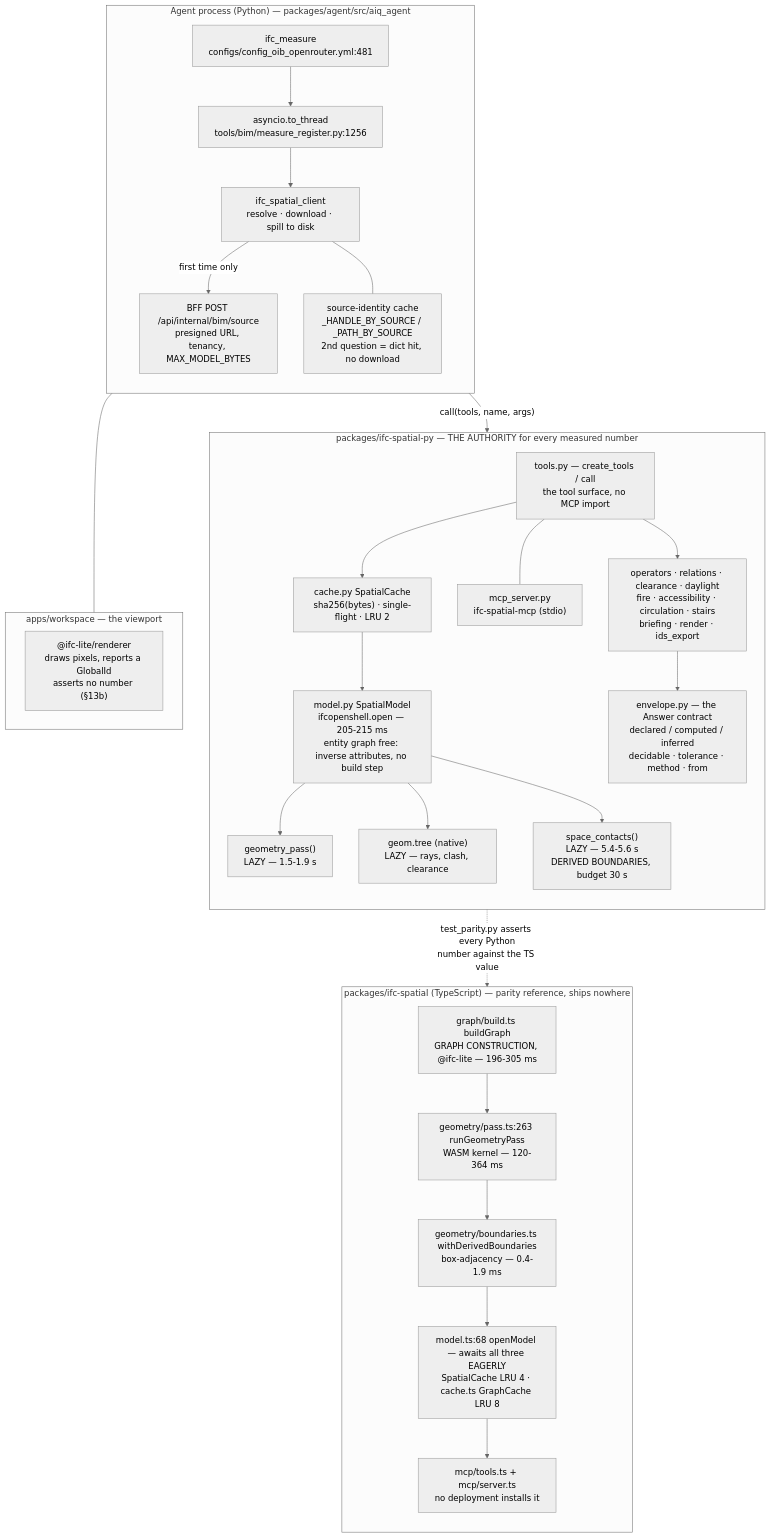
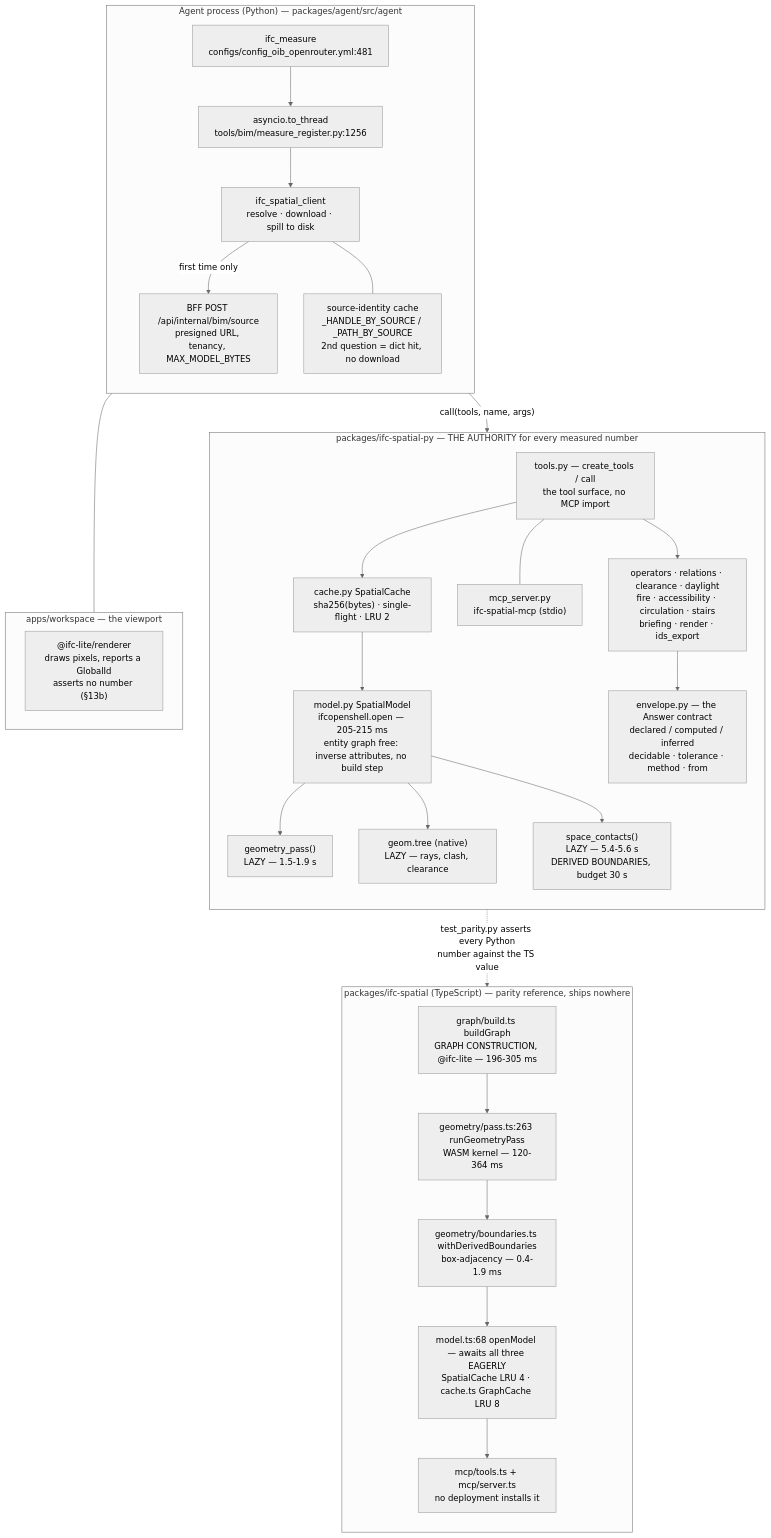
One commit to archos-at/archos changed the diagram in docs/roadmap/agent-spatial-reasoning.md. Above: the diagram before and after it, drawn with Mermaid (neutral theme). The commit also changed other lines of this file and 1420 other files, not shown here.

First line of the commit message:
refactor(agent): name the Python packages agent and backend

````diff
--- a/docs/roadmap/agent-spatial-reasoning.md
+++ b/docs/roadmap/agent-spatial-reasoning.md
@@ -611,51 +611,51 @@
 ```mermaid
 flowchart TB
-    subgraph AGENT["Agent process (Python) — packages/agent/src/aiq_agent"]
+    subgraph AGENT["Agent process (Python) — packages/agent/src/agent"]
         direction TB
         A1["ifc_measure<br/>configs/config_oib_openrouter.yml:481"]
         A2["asyncio.to_thread<br/>tools/bim/measure_register.py:1256"]
         A3["ifc_spatial_client<br/>resolve · download · spill to disk"]
         A4["BFF POST /api/internal/bim/source<br/>presigned URL, tenancy, MAX_MODEL_BYTES"]
         A5["source-identity cache<br/>_HANDLE_BY_SOURCE / _PATH_BY_SOURCE<br/>2nd question = dict hit, no download"]
         A1 --> A2 --> A3
         A3 -->|"first time only"| A4
         A3 --- A5
     end
 
     subgraph PY["packages/ifc-spatial-py — THE AUTHORITY for every measured number"]
         direction TB
         P1["tools.py — create_tools / call<br/>the tool surface, no MCP import"]
         P2["mcp_server.py<br/>ifc-spatial-mcp (stdio)"]
         P3["cache.py SpatialCache<br/>sha256(bytes) · single-flight · LRU 2"]
         P4["model.py SpatialModel<br/>ifcopenshell.open — 205-215 ms<br/>entity graph free: inverse attributes, no build step"]
         P5["geometry_pass()<br/>LAZY — 1.5-1.9 s"]
         P6["geom.tree (native)<br/>LAZY — rays, clash, clearance"]
         P7["space_contacts()<br/>LAZY — 5.4-5.6 s<br/>DERIVED BOUNDARIES, budget 30 s"]
         P8["operators · relations · clearance · daylight<br/>fire · accessibility · circulation · stairs<br/>briefing · render · ids_export"]
         P9["envelope.py — the Answer contract<br/>declared / computed / inferred<br/>decidable · tolerance · method · from"]
         P1 --> P3 --> P4
         P1 --- P2
         P4 --> P5
         P4 --> P6
         P4 --> P7
         P1 --> P8 --> P9
     end
 
     subgraph TS["packages/ifc-spatial (TypeScript) — parity reference, ships nowhere"]
         direction TB
         T1["graph/build.ts buildGraph<br/>GRAPH CONSTRUCTION, @ifc-lite — 196-305 ms"]
         T2["geometry/pass.ts:263 runGeometryPass<br/>WASM kernel — 120-364 ms"]
         T3["geometry/boundaries.ts withDerivedBoundaries<br/>box-adjacency — 0.4-1.9 ms"]
         T4["model.ts:68 openModel — awaits all three EAGERLY<br/>SpatialCache LRU 4 · cache.ts GraphCache LRU 8"]
         T5["mcp/tools.ts + mcp/server.ts<br/>no deployment installs it"]
         T1 --> T2 --> T3 --> T4 --> T5
     end
 
     subgraph UI["apps/workspace — the viewport"]
         V1["@ifc-lite/renderer<br/>draws pixels, reports a GlobalId<br/>asserts no number (§13b)"]
     end
 
     A3 -->|"call(tools, name, args)"| P1
     P8 -.->|"test_parity.py asserts every Python<br/>number against the TS value"| T1
     A4 --- UI
 ```
````
